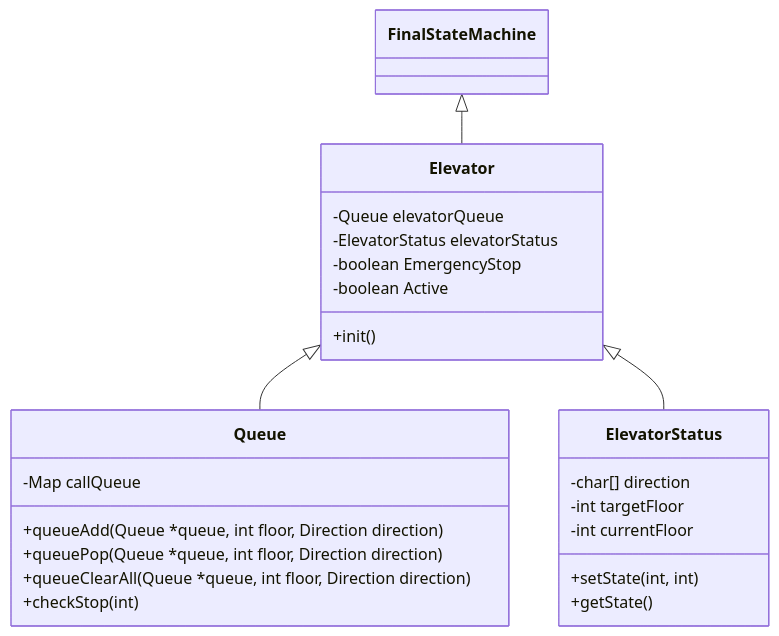
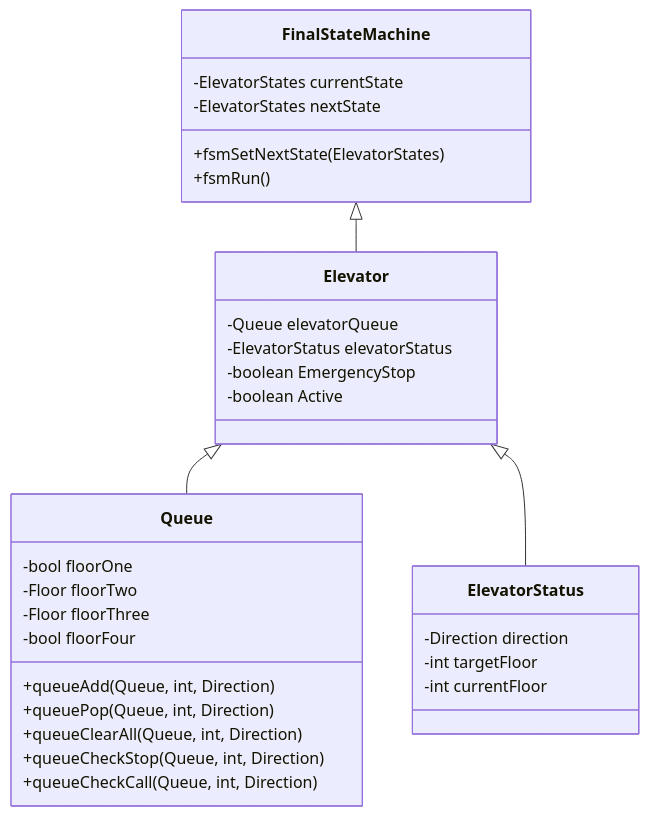
Before and after one commit to andreasnett/heislab: the first of 5 diagrams in mermaid.md, drawn with Mermaid. The commit also changed 3 other files, not shown here.

Commit message:
update diagrams

````diff
--- a/mermaid.md
+++ b/mermaid.md
@@ -5,33 +5,38 @@
 ```mermaid
 classDiagram
     Elevator <|-- Queue
     Elevator <|-- ElevatorStatus
     FinalStateMachine <|-- Elevator
     class Elevator{
       -Queue elevatorQueue
       -ElevatorStatus elevatorStatus
       -boolean EmergencyStop
       -boolean Active
-      +init()
+
     }
 
     class Queue{
-      -Map callQueue
-      +queueAdd(Queue *queue, int floor, Direction direction)
-      +queuePop(Queue *queue, int floor, Direction direction)
-      +queueClearAll(Queue *queue, int floor, Direction direction)
-      +checkStop(int)
+      -bool floorOne
+      -Floor floorTwo
+      -Floor floorThree
+      -bool floorFour
+      +queueAdd(Queue, int, Direction)
+      +queuePop(Queue, int, Direction)
+      +queueClearAll(Queue, int, Direction)
+      +queueCheckStop(Queue, int, Direction)
+      +queueCheckCall(Queue, int, Direction)
     }
 
     class ElevatorStatus{
-      -char[] direction
+      -Direction direction
       -int targetFloor
       -int currentFloor
-      +setState(int, int)
-      +getState()
     }
 
     class FinalStateMachine {
-
+      -ElevatorStates currentState
+      -ElevatorStates nextState
+      +fsmSetNextState(ElevatorStates)
+      +fsmRun()
     }
 ```
````
